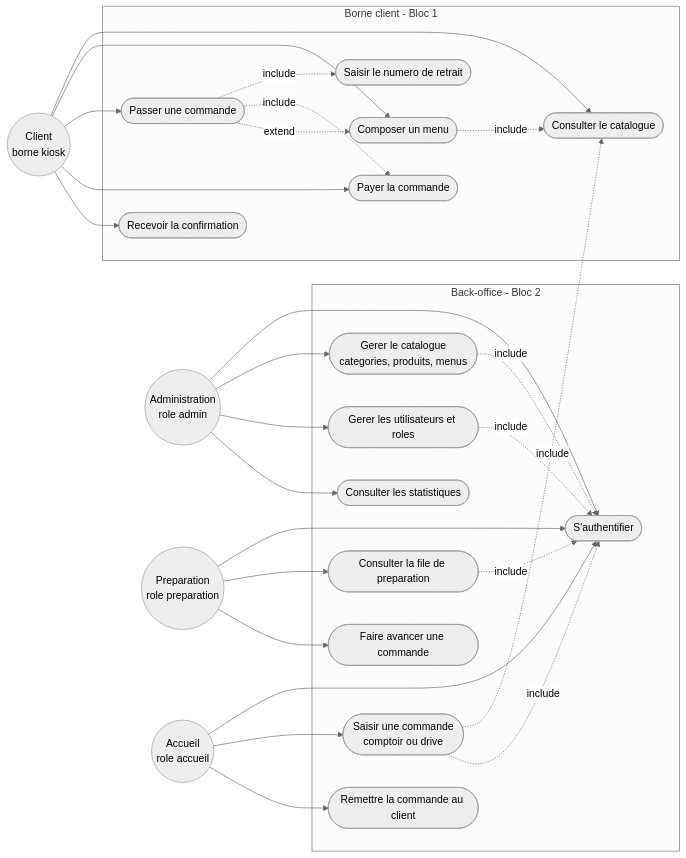
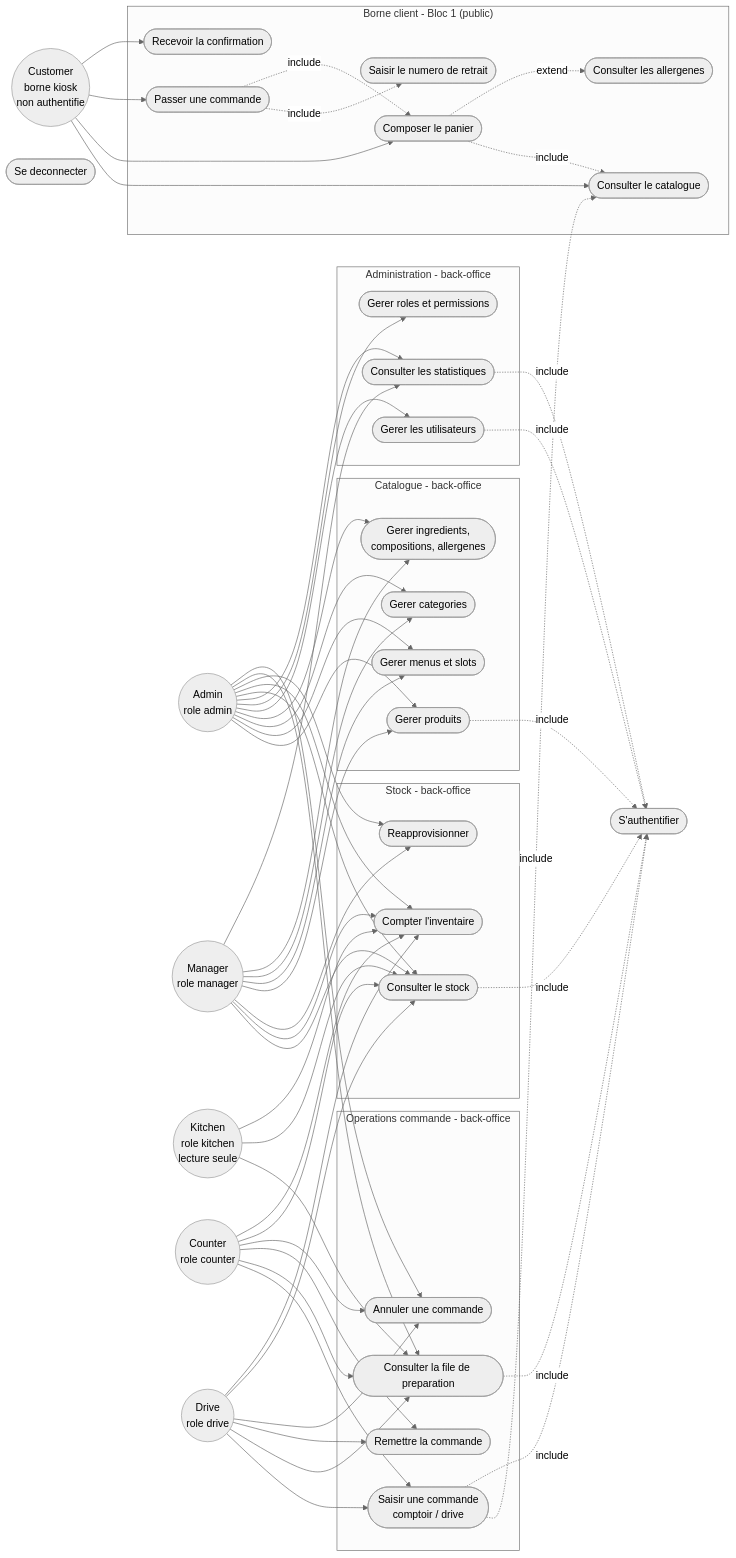
Before and after one commit to AcadeNice/wakdo_corentin: the diagram in docs/uml/use-cases.md, drawn with Mermaid (neutral theme). The commit also changed other lines of this file and 34 other files, not shown here.

````diff
--- a/docs/uml/use-cases.md
+++ b/docs/uml/use-cases.md
@@ -67,66 +76,118 @@
 ```mermaid
 flowchart LR
     %% Acteurs
-    Client(("Client<br/>borne kiosk"))
-    Admin(("Administration<br/>role admin"))
-    Prep(("Preparation<br/>role preparation"))
-    Accueil(("Accueil<br/>role accueil"))
+    Customer(("Customer<br/>borne kiosk<br/>non authentifie"))
+    Admin(("Admin<br/>role admin"))
+    Manager(("Manager<br/>role manager"))
+    Kitchen(("Kitchen<br/>role kitchen<br/>lecture seule"))
+    Counter(("Counter<br/>role counter"))
+    Drive(("Drive<br/>role drive"))
 
     %% Sous-systeme Borne client
-    subgraph BORNE["Borne client - Bloc 1"]
+    subgraph BORNE["Borne client - Bloc 1 (public)"]
         UC1(["Consulter le catalogue"])
-        UC2(["Composer un menu"])
-        UC3(["Passer une commande"])
-        UC4(["Saisir le numero de retrait"])
-        UC5(["Recevoir la confirmation"])
-        UC6(["Payer la commande"])
+        UC2(["Composer le panier"])
+        UC3(["Consulter les allergenes"])
+        UC4(["Passer une commande"])
+        UC5(["Saisir le numero de retrait"])
+        UC6(["Recevoir la confirmation"])
     end
 
-    %% Sous-systeme Back-office
-    subgraph BACK["Back-office - Bloc 2"]
-        UC10(["Gerer le catalogue<br/>categories, produits, menus"])
-        UC11(["Gerer les utilisateurs et roles"])
-        UC12(["Consulter les statistiques"])
-        UC20(["Consulter la file de preparation"])
-        UC21(["Faire avancer une commande"])
-        UC30(["Saisir une commande<br/>comptoir ou drive"])
-        UC31(["Remettre la commande au client"])
-        UC40(["S'authentifier"])
+    %% Sous-systeme Operations commande
+    subgraph OPS["Operations commande - back-office"]
+        UC10(["Saisir une commande<br/>comptoir / drive"])
+        UC11(["Consulter la file de preparation"])
+        UC12(["Remettre la commande"])
+        UC13(["Annuler une commande"])
     end
 
-    %% Relations Client
-    Client --> UC1
-    Client --> UC2
-    Client --> UC3
-    Client --> UC6
-    Client --> UC5
+    %% Sous-systeme Catalogue
+    subgraph CAT["Catalogue - back-office"]
+        UC20(["Gerer produits"])
+        UC21(["Gerer menus et slots"])
+        UC22(["Gerer categories"])
+        UC23(["Gerer ingredients,<br/>compositions, allergenes"])
+    end
 
-    %% include / extend cote borne
-    UC3 -. include .-> UC4
-    UC3 -. include .-> UC6
+    %% Sous-systeme Stock
+    subgraph STK["Stock - back-office"]
+        UC30(["Consulter le stock"])
+        UC31(["Compter l'inventaire"])
+        UC32(["Reapprovisionner"])
+    end
+
+    %% Sous-systeme Administration
+    subgraph ADM["Administration - back-office"]
+        UC40(["Gerer les utilisateurs"])
+        UC41(["Gerer roles et permissions"])
+        UC42(["Consulter les statistiques"])
+    end
+
+    %% Transverse
+    UC50(["S'authentifier"])
+    UC51(["Se deconnecter"])
+
+    %% Relations Customer
+    Customer --> UC1
+    Customer --> UC2
+    Customer --> UC4
+    Customer --> UC6
     UC2 -. include .-> UC1
-    UC3 -. extend .-> UC2
+    UC2 -. extend .-> UC3
+    UC4 -. include .-> UC5
+    UC4 -. include .-> UC2
 
-    %% Relations Administration
+    %% Relations Counter / Drive (operations commande + stock)
+    Counter --> UC10
+    Counter --> UC11
+    Counter --> UC12
+    Counter --> UC13
+    Drive --> UC10
+    Drive --> UC11
+    Drive --> UC12
+    Drive --> UC13
+    UC10 -. include .-> UC1
+
+    %% Kitchen (lecture seule)
+    Kitchen --> UC11
+
+    %% Stock (kitchen / counter / drive / manager / admin)
+    Kitchen --> UC30
+    Kitchen --> UC31
+    Counter --> UC30
+    Counter --> UC31
+    Drive --> UC30
+    Drive --> UC31
+    Manager --> UC30
+    Manager --> UC31
+    Manager --> UC32
+
+    %% Catalogue (manager + admin)
+    Manager --> UC20
+    Manager --> UC21
+    Manager --> UC22
+    Manager --> UC23
+    Admin --> UC20
+    Admin --> UC21
+    Admin --> UC22
+    Admin --> UC23
+
+    %% Administration (admin) + stats (manager + admin)
     Admin --> UC40
-    Admin --> UC10
+    Admin --> UC41
+    Admin --> UC42
+    Admin --> UC30
+    Admin --> UC31
+    Admin --> UC32
     Admin --> UC11
-    Admin --> UC12
+    Admin --> UC13
+    Manager --> UC42
 
-    %% Relations Preparation
-    Prep --> UC40
-    Prep --> UC20
-    Prep --> UC21
-
-    %% Relations Accueil
-    Accueil --> UC40
-    Accueil --> UC30
-    Accueil --> UC31
-    UC30 -. include .-> UC1
-
-    %% Authentification mutualisee
-    UC10 -. include .-> UC40
-    UC11 -. include .-> UC40
-    UC20 -. include .-> UC40
-    UC30 -. include .-> UC40
+    %% Authentification mutualisee (tout cas back-office)
+    UC10 -. include .-> UC50
+    UC11 -. include .-> UC50
+    UC20 -. include .-> UC50
+    UC30 -. include .-> UC50
+    UC40 -. include .-> UC50
+    UC42 -. include .-> UC50
 ```
````
